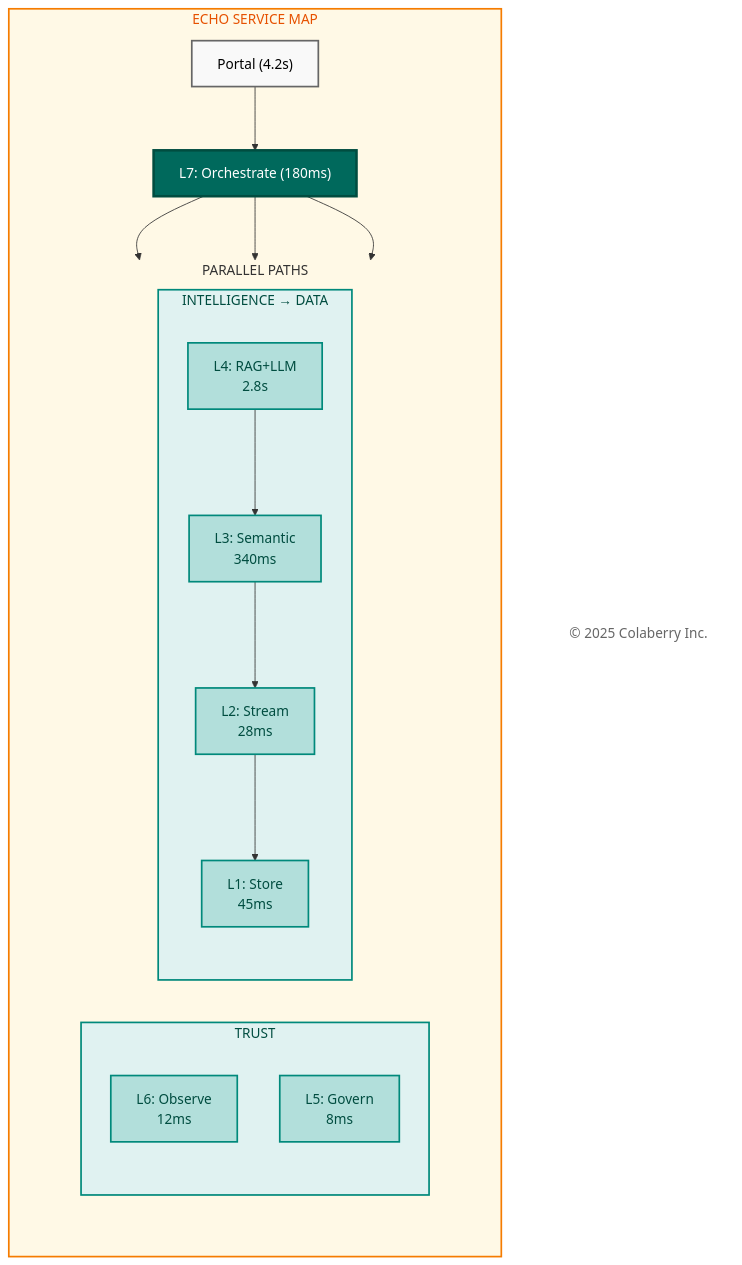
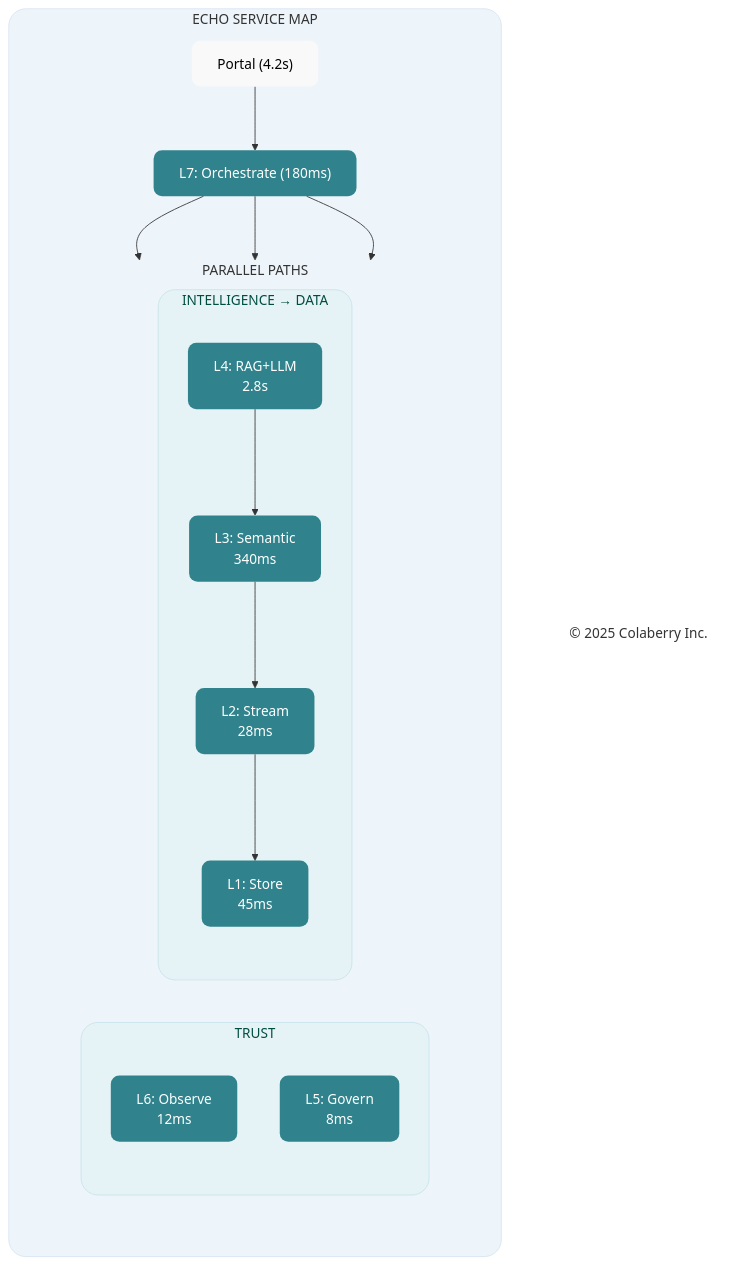
The eighth of 14 diagrams in manuscript/07_chapter_6_transparency_orchestration_layers.md (saitejesh-cyber/trust-before-intelligence-book), drawn with Mermaid before and after one commit. The commit also changed other lines of this file and 7 other files, not shown here.

Commit message:
Chapter 6to13: Updated mermaid diagrams based on new colaberry color code

````diff
--- a/manuscript/07_chapter_6_transparency_orchestration_layers.md
+++ b/manuscript/07_chapter_6_transparency_orchestration_layers.md
@@ -657,48 +657,48 @@
 ```mermaid
 
 graph TB
     subgraph ECHO["ECHO SERVICE MAP"]
         direction TB
         UI["Portal (4.2s)"]
         L7["L7: Orchestrate (180ms)"]
         
         subgraph PARALLEL["PARALLEL PATHS"]
             direction LR
             subgraph TRUST["TRUST"]
                 direction TB
                 L6["L6: Observe<br/>12ms"]
                 L5["L5: Govern<br/>8ms"]
             end
             
             subgraph INTEL["INTELLIGENCE → DATA"]
                 direction TB
                 L4["L4: RAG+LLM<br/>2.8s"]
                 L3["L3: Semantic<br/>340ms"]
                 L2["L2: Stream<br/>28ms"]
                 L1["L1: Store<br/>45ms"]
                 L4 --> L3 --> L2 --> L1
             end
         end
     end
     
     Copyright["© 2025 Colaberry Inc."]
     
     UI --> L7
     L7 --> L6
     L7 --> L5
     L7 --> L4
     
-    style ECHO fill:#fff9e6,stroke:#f57c00,stroke-width:2px,color:#e65100
+    style ECHO fill:#edf4fa,stroke:#d6e4f2,stroke-width:1px,color:#333333,rx:20,ry:20
     style PARALLEL fill:none,stroke:none
-    style TRUST fill:#e0f2f1,stroke:#00897b,stroke-width:2px,color:#004d40
-    style INTEL fill:#e0f2f1,stroke:#00897b,stroke-width:2px,color:#004d40
-    style UI fill:#f9f9f9,stroke:#666666,stroke-width:2px,color:#000000
-    style L7 fill:#00695c,color:#ffffff,stroke:#004d40,stroke-width:3px
-    style L6 fill:#b2dfdb,stroke:#00897b,stroke-width:2px,color:#004d40
-    style L5 fill:#b2dfdb,stroke:#00897b,stroke-width:2px,color:#004d40
-    style L4 fill:#b2dfdb,stroke:#00897b,stroke-width:2px,color:#004d40
-    style L3 fill:#b2dfdb,stroke:#00897b,stroke-width:2px,color:#004d40
-    style L2 fill:#b2dfdb,stroke:#00897b,stroke-width:2px,color:#004d40
-    style L1 fill:#b2dfdb,stroke:#00897b,stroke-width:2px,color:#004d40
-    style Copyright fill:#ffffff,stroke:none,color:#666666
+    style TRUST fill:#e6f3f6,stroke:#c7e3ea,stroke-width:1px,color:#004d40,rx:20,ry:20
+    style INTEL fill:#e6f3f6,stroke:#c7e3ea,stroke-width:1px,color:#004d40,rx:20,ry:20
+    style UI fill:#f9f9f9,stroke:none,color:#000000,rx:10,ry:10
+    style L7 fill:#30838C,stroke:none,color:#ffffff,rx:10,ry:10
+    style L6 fill:#30838C,stroke:none,color:#ffffff,rx:10,ry:10
+    style L5 fill:#30838C,stroke:none,color:#ffffff,rx:10,ry:10
+    style L4 fill:#30838C,stroke:none,color:#ffffff,rx:10,ry:10
+    style L3 fill:#30838C,stroke:none,color:#ffffff,rx:10,ry:10
+    style L2 fill:#30838C,stroke:none,color:#ffffff,rx:10,ry:10
+    style L1 fill:#30838C,stroke:none,color:#ffffff,rx:10,ry:10
+    style Copyright fill:none,stroke:none,color:#333333
 ```
````
